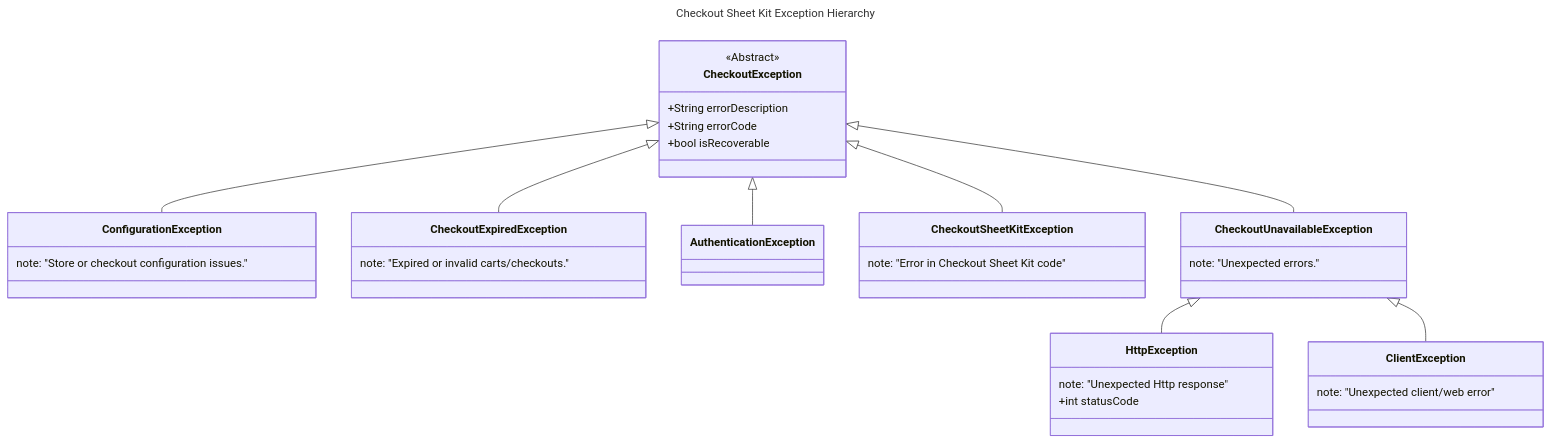
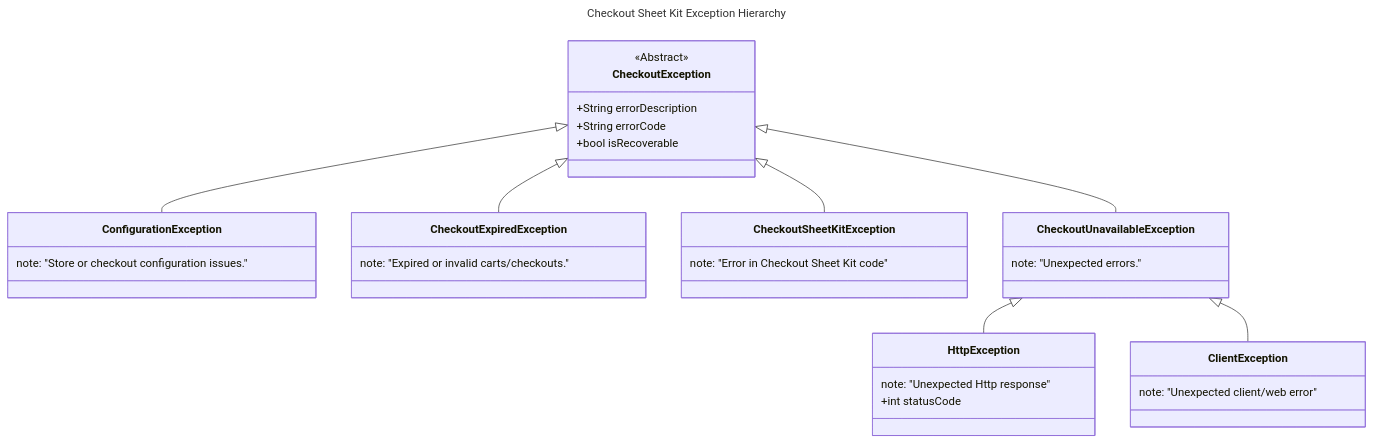
Before and after one commit to Shopify/checkout-sheet-kit-android: the diagram in README.md, drawn with Mermaid.

Commit message:
remove auth exception from mermaid

````diff
--- a/README.md
+++ b/README.md
@@ -315,38 +315,37 @@
 ```mermaid
 ---
 title: Checkout Sheet Kit Exception Hierarchy
 ---
 classDiagram
     CheckoutException <|-- ConfigurationException
     CheckoutException <|-- CheckoutExpiredException
-    CheckoutException <|-- AuthenticationException
     CheckoutException <|-- CheckoutSheetKitException
     CheckoutException <|-- CheckoutUnavailableException
     CheckoutUnavailableException <|-- HttpException
     CheckoutUnavailableException <|-- ClientException
 
     <<Abstract>> CheckoutException
     CheckoutException : +String errorDescription
     CheckoutException : +String errorCode
     CheckoutException : +bool isRecoverable
 
     class ConfigurationException{
         note: "Store or checkout configuration issues."
     }
     class CheckoutExpiredException{
         note: "Expired or invalid carts/checkouts."
     }
     class CheckoutUnavailableException{
         note: "Unexpected errors."
     }
     class HttpException{
         note: "Unexpected Http response"
         +int statusCode
     }
     class ClientException{
         note: "Unexpected client/web error"
     }
     class CheckoutSheetKitException{
         note: "Error in Checkout Sheet Kit code"
     }
 ```
````
